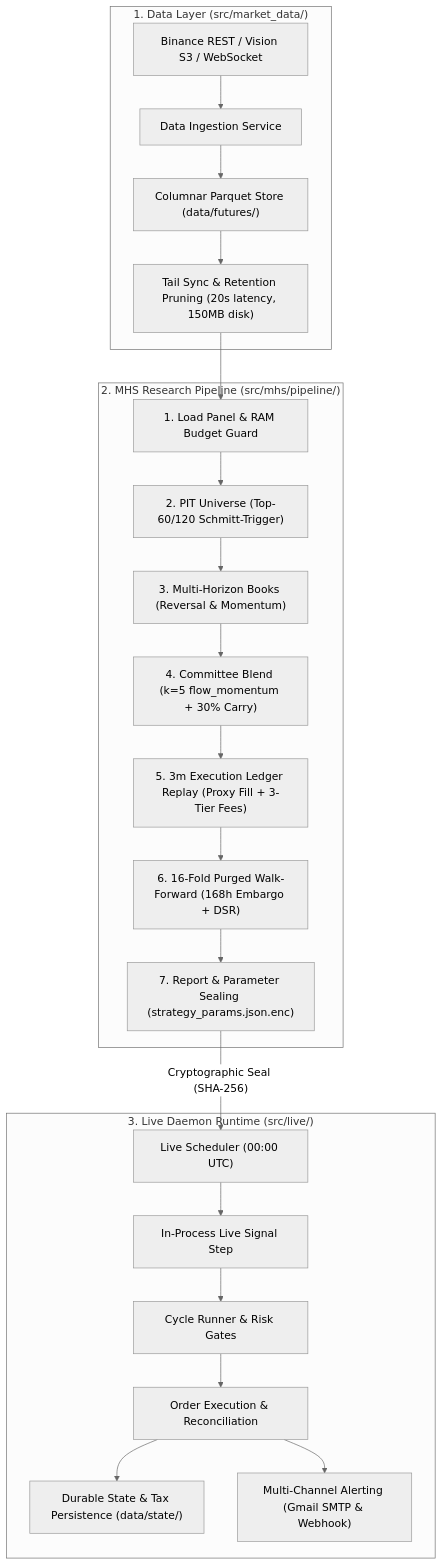
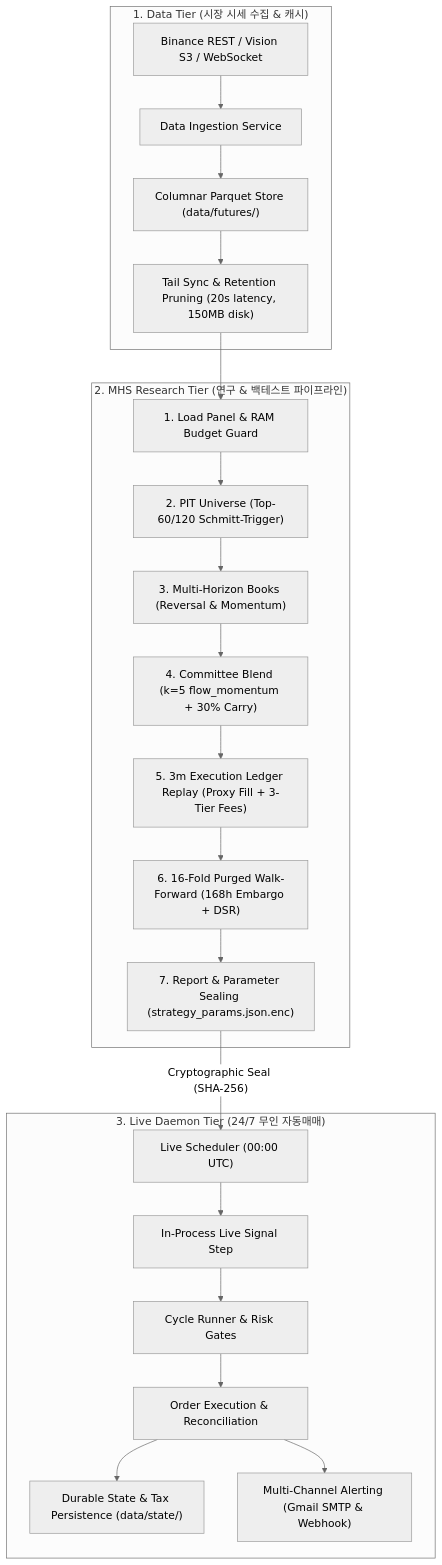
The diagram in README.md (KTHYEONG/crypto-pilot), drawn with Mermaid (neutral theme) before and after one commit. The commit also changed other lines of this file, not shown here.

````diff
--- a/README.md
+++ b/README.md
@@ -69,27 +69,27 @@
 ```mermaid
 flowchart TD
-    subgraph DataLayer ["1. Data Layer (src/market_data/)"]
+    subgraph DataLayer ["1. Data Tier (시장 시세 수집 & 캐시)"]
         DS["Binance REST / Vision S3 / WebSocket"] --> DI["Data Ingestion Service"]
         DI --> FS["Columnar Parquet Store (data/futures/)"]
         FS --> PR["Tail Sync & Retention Pruning (20s latency, 150MB disk)"]
     end
 
-    subgraph ResearchPipeline ["2. MHS Research Pipeline (src/mhs/pipeline/)"]
+    subgraph ResearchPipeline ["2. MHS Research Tier (연구 & 백테스트 파이프라인)"]
         PR --> S1["1. Load Panel & RAM Budget Guard"]
         S1 --> S2["2. PIT Universe (Top-60/120 Schmitt-Trigger)"]
         S2 --> S3["3. Multi-Horizon Books (Reversal & Momentum)"]
         S3 --> S4["4. Committee Blend (k=5 flow_momentum + 30% Carry)"]
         S4 --> S5["5. 3m Execution Ledger Replay (Proxy Fill + 3-Tier Fees)"]
         S5 --> S6["6. 16-Fold Purged Walk-Forward (168h Embargo + DSR)"]
         S6 --> S7["7. Report & Parameter Sealing (strategy_params.json.enc)"]
     end
 
-    subgraph LiveDaemon ["3. Live Daemon Runtime (src/live/)"]
+    subgraph LiveDaemon ["3. Live Daemon Tier (24/7 무인 자동매매)"]
         S7 -->|"Cryptographic Seal (SHA-256)"| LD["Live Scheduler (00:00 UTC)"]
         LD --> SS["In-Process Live Signal Step"]
         SS --> SC["Cycle Runner & Risk Gates"]
         SC --> EX["Order Execution & Reconciliation"]
         EX --> ST["Durable State & Tax Persistence (data/state/)"]
         EX --> AL["Multi-Channel Alerting (Gmail SMTP & Webhook)"]
     end
 ```
````
